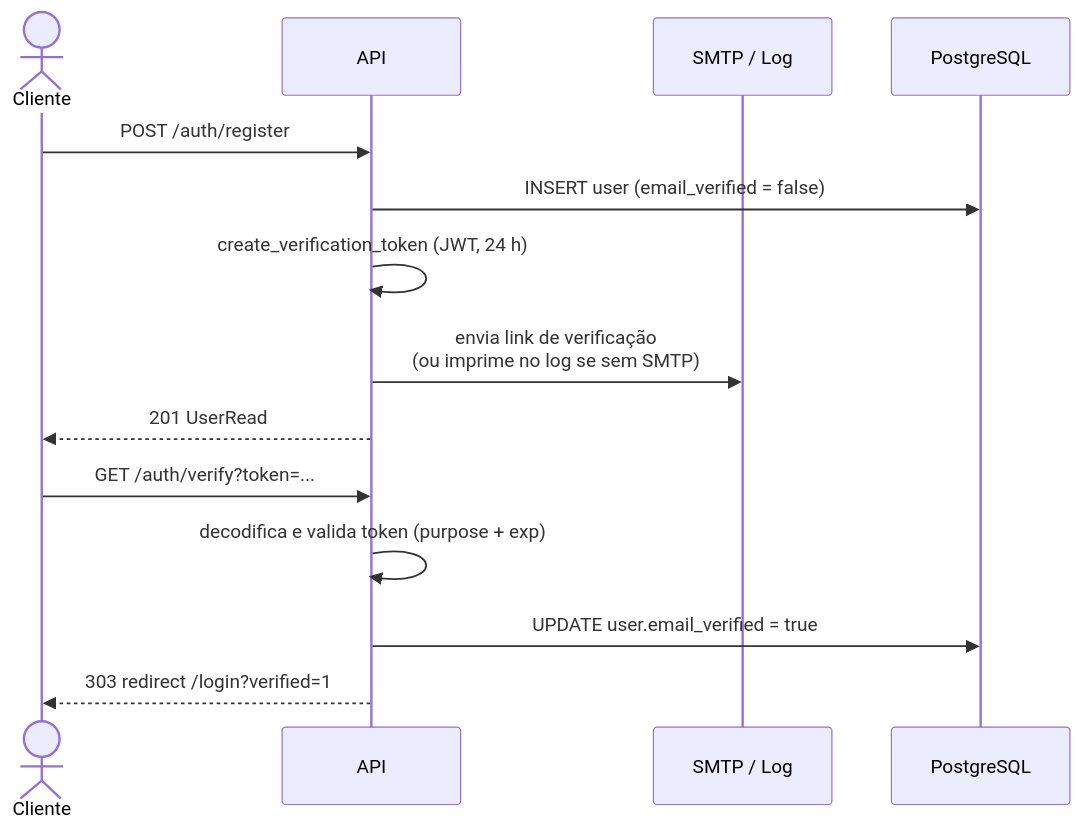
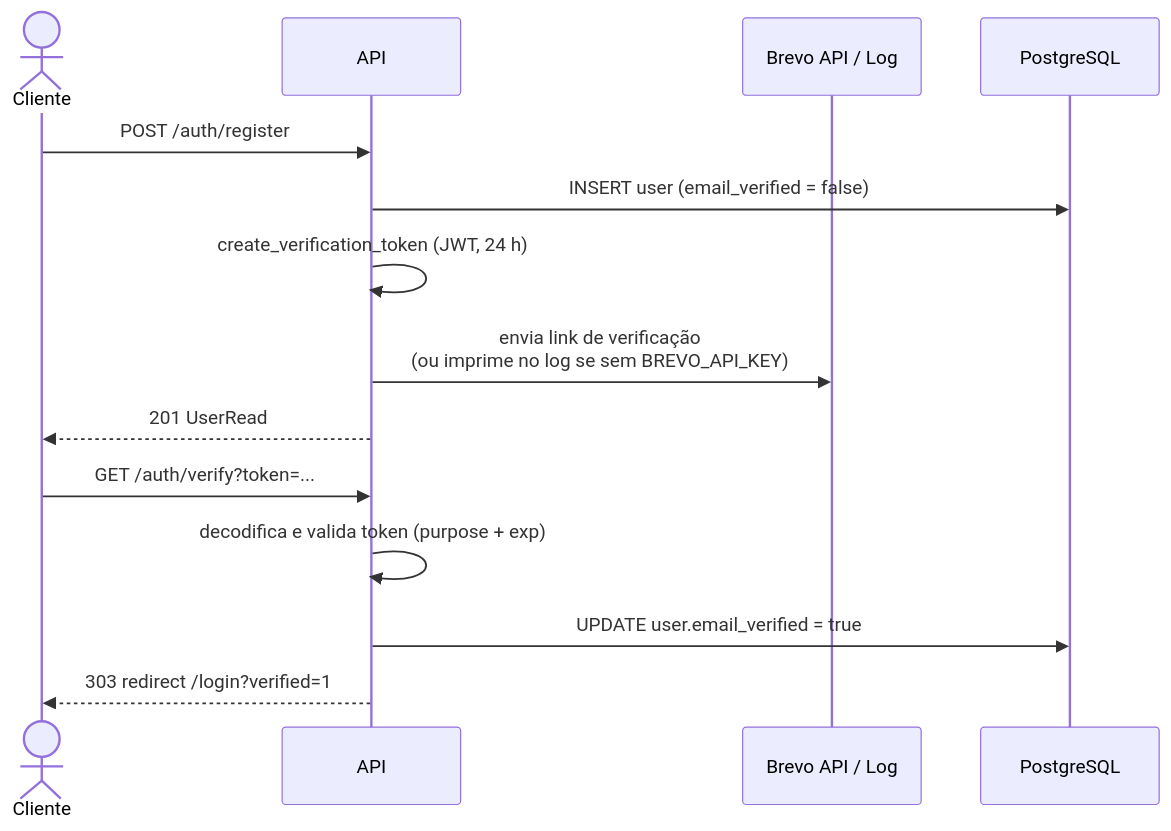
One commit to jgabrielflores/marcenaria-api changed the fifth of 7 diagrams in docs/arquitetura.md. Above: the diagram before and after it, drawn with Mermaid. The commit also changed other lines of this file and 7 other files, not shown here.

First line of the commit message:
docs: align documentation with Railway/Brevo/Git-Flow reality

````diff
--- a/docs/arquitetura.md
+++ b/docs/arquitetura.md
@@ -193,18 +193,18 @@
 ```mermaid
 sequenceDiagram
     actor C as Cliente
     participant A as API
-    participant M as SMTP / Log
+    participant M as Brevo API / Log
     participant DB as PostgreSQL
 
     C->>A: POST /auth/register
     A->>DB: INSERT user (email_verified = false)
     A->>A: create_verification_token (JWT, 24 h)
-    A->>M: envia link de verificação<br/>(ou imprime no log se sem SMTP)
+    A->>M: envia link de verificação<br/>(ou imprime no log se sem BREVO_API_KEY)
     A-->>C: 201 UserRead
 
     C->>A: GET /auth/verify?token=...
     A->>A: decodifica e valida token (purpose + exp)
     A->>DB: UPDATE user.email_verified = true
     A-->>C: 303 redirect /login?verified=1
 ```
````
